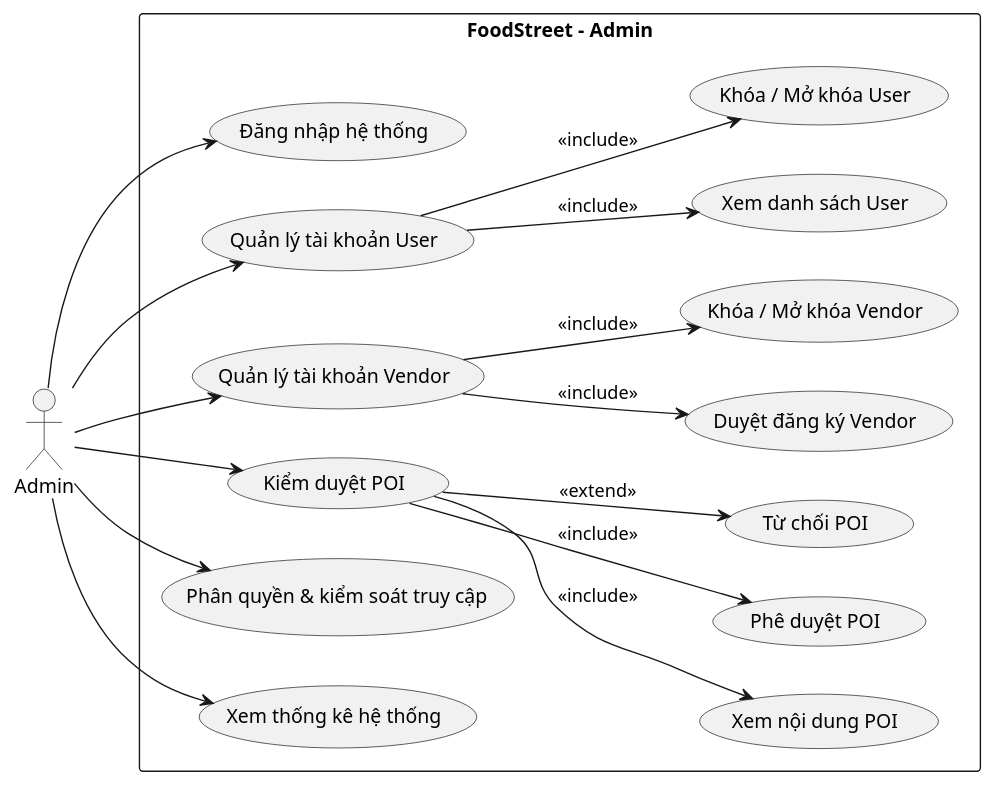
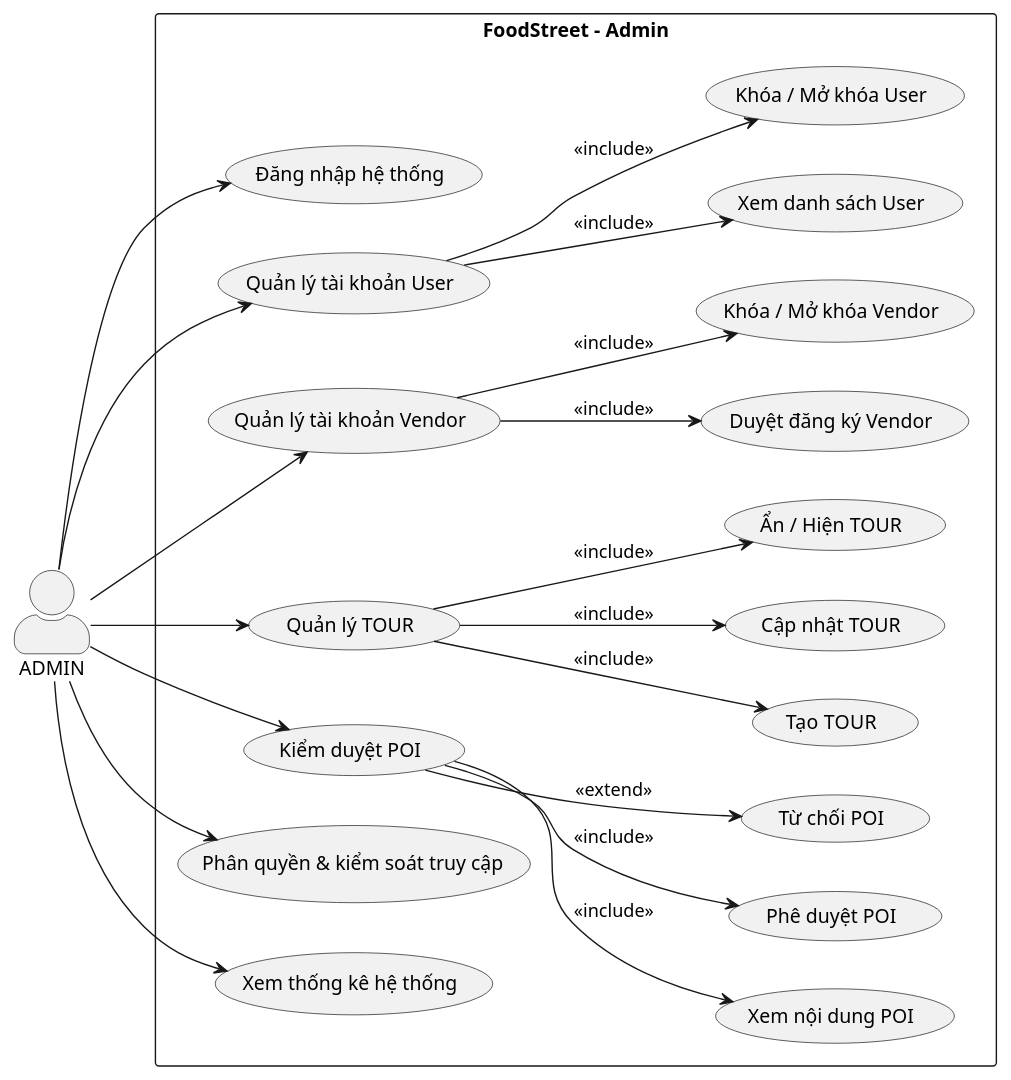
The diagram in UML/UsecaseLuongChiTietAdmin.puml (Quin19FD/foodstreet-guide-platform), drawn with PlantUML before and after one commit. The commit also changed 26 other files, not shown here.

```diff
--- a/UML/UsecaseLuongChiTietAdmin.puml
+++ b/UML/UsecaseLuongChiTietAdmin.puml
@@ -1,25 +1,40 @@
 @startuml
 left to right direction
-actor Admin
+skinparam packageStyle rectangle
+skinparam actorStyle awesome
+
+actor ADMIN as Admin
 
 rectangle "FoodStreet - Admin" {
 
+  ' ================= XÁC THỰC =================
   Admin --> (Đăng nhập hệ thống)
 
+  ' ================= QUẢN LÝ USER =================
   Admin --> (Quản lý tài khoản User)
   (Quản lý tài khoản User) --> (Xem danh sách User) : <<include>>
   (Quản lý tài khoản User) --> (Khóa / Mở khóa User) : <<include>>
 
+  ' ================= QUẢN LÝ VENDOR =================
   Admin --> (Quản lý tài khoản Vendor)
   (Quản lý tài khoản Vendor) --> (Duyệt đăng ký Vendor) : <<include>>
   (Quản lý tài khoản Vendor) --> (Khóa / Mở khóa Vendor) : <<include>>
 
+  ' ================= QUẢN LÝ TOUR =================
+  Admin --> (Quản lý TOUR)
+  (Quản lý TOUR) --> (Tạo TOUR) : <<include>>
+  (Quản lý TOUR) --> (Cập nhật TOUR) : <<include>>
+  (Quản lý TOUR) --> (Ẩn / Hiện TOUR) : <<include>>
+
+  ' ================= KIỂM DUYỆT POI =================
   Admin --> (Kiểm duyệt POI)
   (Kiểm duyệt POI) --> (Xem nội dung POI) : <<include>>
   (Kiểm duyệt POI) --> (Phê duyệt POI) : <<include>>
   (Kiểm duyệt POI) --> (Từ chối POI) : <<extend>>
 
+  ' ================= HỆ THỐNG =================
   Admin --> (Phân quyền & kiểm soát truy cập)
   Admin --> (Xem thống kê hệ thống)
 }
+
 @enduml
```
